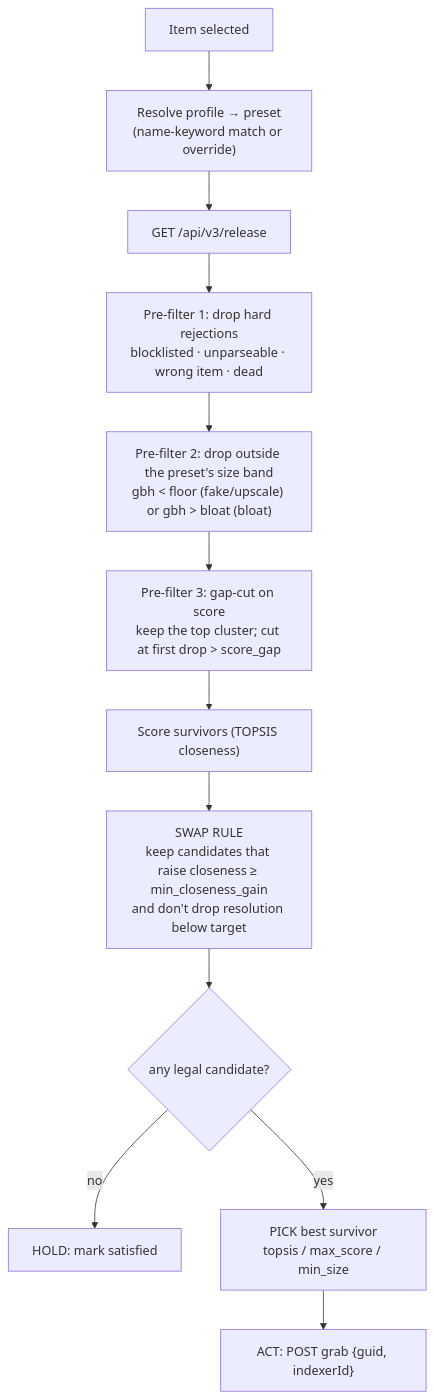
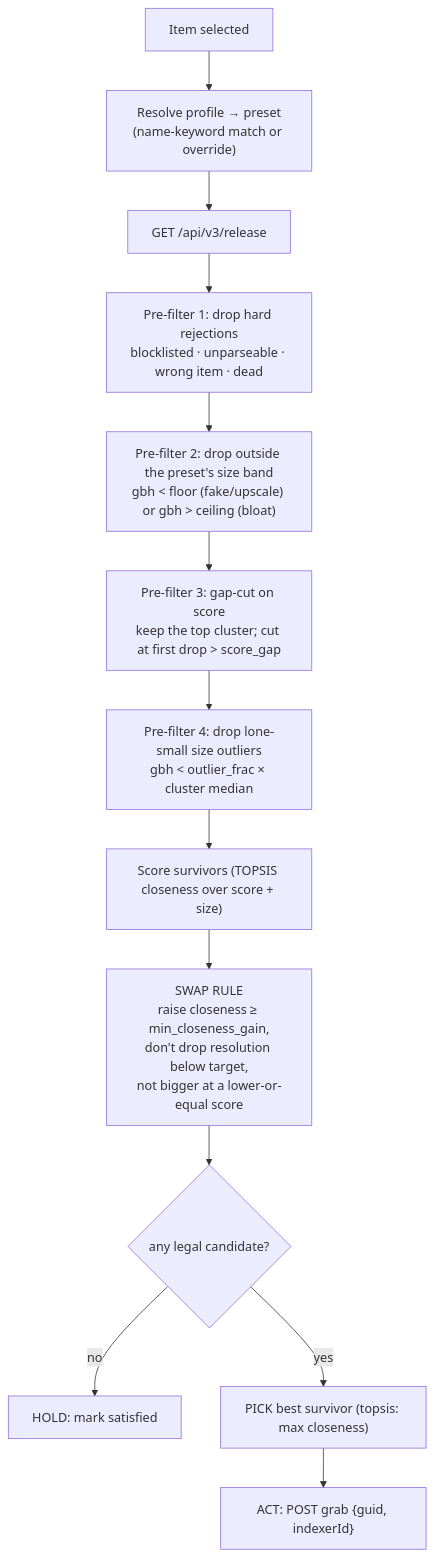
One commit to patrix87/optimizarr changed the first of 3 diagrams in ALGORITHM.md. Above: the diagram before and after it, drawn with Mermaid. The commit also changed other lines of this file and 18 other files, not shown here.

````diff
--- a/ALGORITHM.md
+++ b/ALGORITHM.md
@@ -104,14 +116,15 @@
 ```mermaid
 flowchart TD
     A["Item selected"] --> RP["Resolve profile → preset<br/>(name-keyword match or override)"]
     RP --> B["GET /api/v3/release"]
     B --> C["Pre-filter 1: drop hard rejections<br/>blocklisted · unparseable · wrong item · dead"]
-    C --> D["Pre-filter 2: drop outside the preset's size band<br/>gbh < floor (fake/upscale) or gbh > bloat (bloat)"]
+    C --> D["Pre-filter 2: drop outside the preset's size band<br/>gbh < floor (fake/upscale) or gbh > ceiling (bloat)"]
     D --> E["Pre-filter 3: gap-cut on score<br/>keep the top cluster; cut at first drop > score_gap"]
-    E --> SC["Score survivors (TOPSIS closeness)"]
-    SC --> GATE["SWAP RULE<br/>keep candidates that raise closeness ≥ min_closeness_gain<br/>and don't drop resolution below target"]
+    E --> O["Pre-filter 4: drop lone-small size outliers<br/>gbh < outlier_frac × cluster median"]
+    O --> SC["Score survivors (TOPSIS closeness over score + size)"]
+    SC --> GATE["SWAP RULE<br/>raise closeness ≥ min_closeness_gain,<br/>don't drop resolution below target,<br/>not bigger at a lower-or-equal score"]
     GATE --> LEFT{"any legal candidate?"}
     LEFT -->|no| HOLD["HOLD: mark satisfied"]
-    LEFT -->|yes| PICK["PICK best survivor<br/>topsis / max_score / min_size"]
+    LEFT -->|yes| PICK["PICK best survivor (topsis: max closeness)"]
     PICK --> ACT["ACT: POST grab {guid, indexerId}"]
 ```
````
